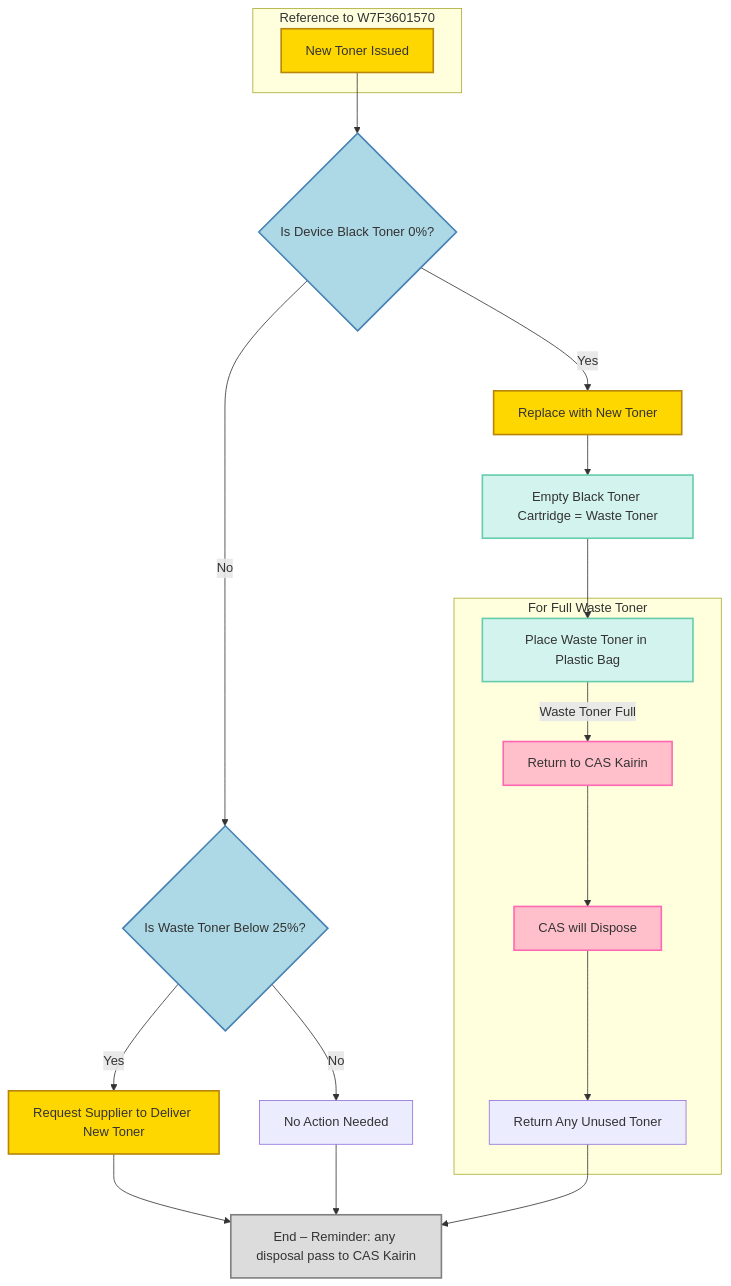
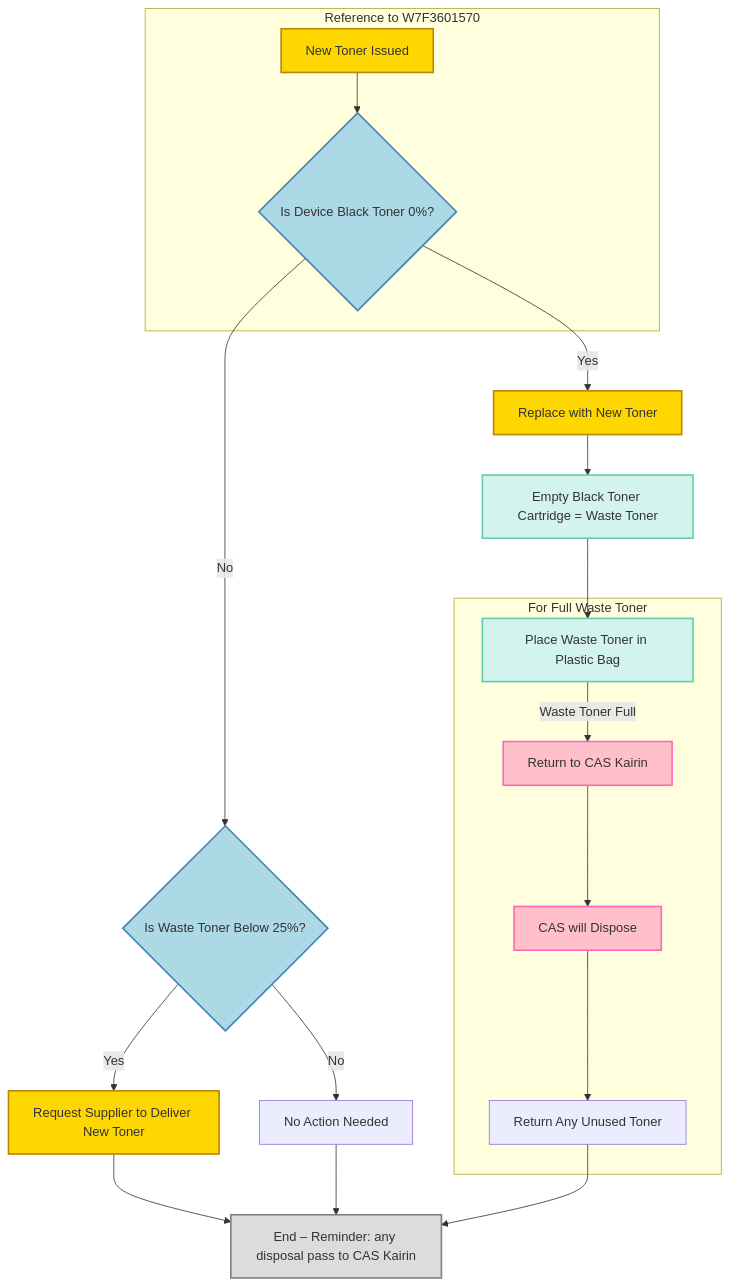
One commit to kairin/mermaid changed the diagram in CAS/Kyocera/disposal2.md. Above: the diagram before and after it, drawn with Mermaid.

````diff
--- a/CAS/Kyocera/disposal2.md
+++ b/CAS/Kyocera/disposal2.md
@@ -1,42 +1,43 @@
 ```mermaid
 
 graph TD
     A[New Toner Issued] --> B{Is Device Black Toner 0%?}
     B -- Yes --> C[Replace with New Toner]
     C --> D[Empty Black Toner Cartridge = Waste Toner]
     D --> E[Place Waste Toner in Plastic Bag]
     B -- No --> L{Is Waste Toner Below 25%?}
     L -- Yes --> M[Request Supplier to Deliver New Toner]
     M --> K[End – Reminder: any disposal pass to CAS Kairin]
     L -- No --> J[No Action Needed]
     J --> K
     E -- Waste Toner Full --> G[Return to CAS Kairin]
     G --> H[CAS will Dispose]
     H --> I[Return Any Unused Toner]
     I --> K
 
     %% Subgraphs for visual grouping, optional
     subgraph "Reference to W7F3601570"
         A
+        B
     end
     subgraph "For Full Waste Toner"
         E
         G
         H
         I
     end
 
     %% Class Definitions for Styling
     classDef important fill:#FFD700,stroke:#B8860B,stroke-width:2px
     classDef decision fill:#ADD8E6,stroke:#4682B4,stroke-width:2px
     classDef process fill:#D3F3EE,stroke:#66CDAA,stroke-width:2px
     classDef disposal fill:#FFC0CB,stroke:#FF69B4,stroke-width:2px
     classDef endNode fill:#DCDCDC,stroke:#808080,stroke-width:2px
 
     %% Applying Classes to Nodes
     class A,C,M important
     class B,L decision
     class D,E process
     class G,H disposal
     class K endNode
 ```
````
